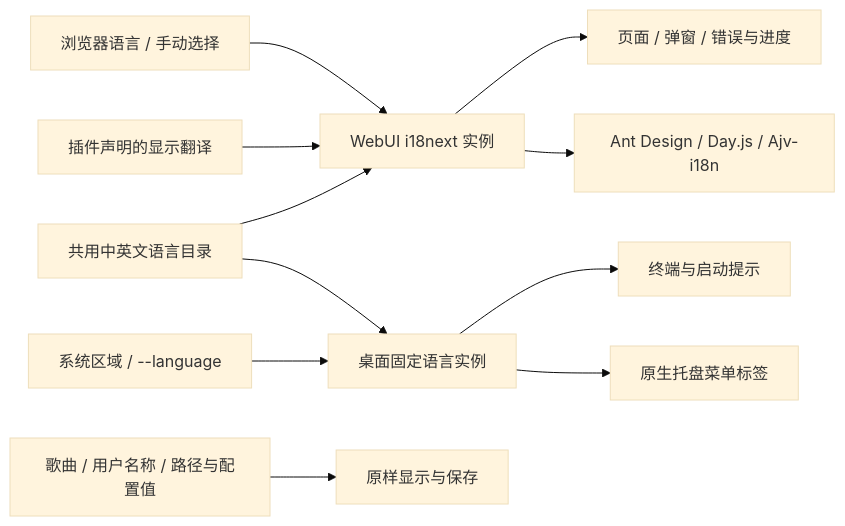
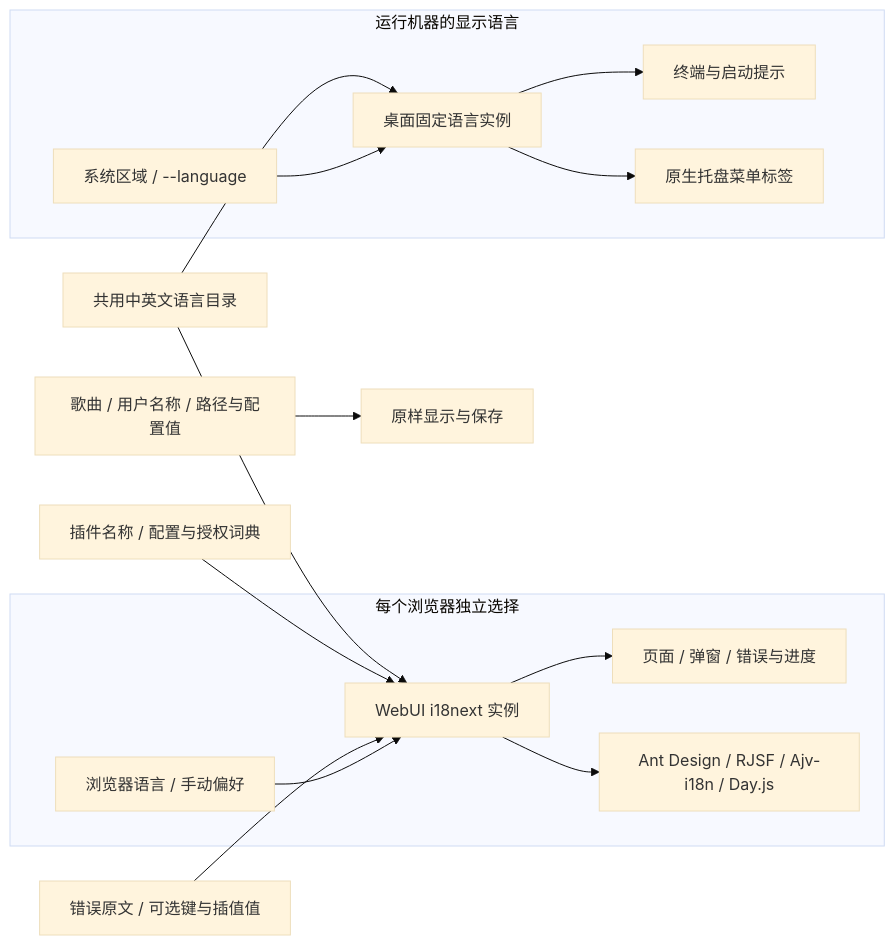
Before and after one commit to shengyusi-SYS/musicfs: the diagram in docs/architecture/i18n.md, drawn with Mermaid (base theme). The commit also changed other lines of this file and 8 other files, not shown here.

````diff
--- a/docs/architecture/i18n.md
+++ b/docs/architecture/i18n.md
@@ -7,13 +7,18 @@
 ```mermaid
 flowchart LR
-    Browser[浏览器语言 / 手动选择] --> Web[WebUI i18next 实例]
     Common[共用中英文语言目录] --> Web
-    Plugin[插件声明的显示翻译] --> Web
-    Web --> UI[页面 / 弹窗 / 错误与进度]
-    Web --> Ant[Ant Design / Day.js / Ajv-i18n]
-    System[系统区域 / --language] --> Desktop[桌面固定语言实例]
     Common --> Desktop
-    Desktop --> CLI[终端与启动提示]
-    Desktop --> Native[原生托盘菜单标签]
+    Plugin[插件名称 / 配置与授权词典] --> Web
+    Message[错误原文 / 可选键与插值值] --> Web
+    subgraph Client[每个浏览器独立选择]
+        Browser[浏览器语言 / 手动偏好] --> Web[WebUI i18next 实例]
+        Web --> UI[页面 / 弹窗 / 错误与进度]
+        Web --> Ant[Ant Design / RJSF / Ajv-i18n / Day.js]
+    end
+    subgraph Host[运行机器的显示语言]
+        System[系统区域 / --language] --> Desktop[桌面固定语言实例]
+        Desktop --> CLI[终端与启动提示]
+        Desktop --> Native[原生托盘菜单标签]
+    end
     Data[歌曲 / 用户名称 / 路径与配置值] --> Unchanged[原样显示与保存]
 ```
````
